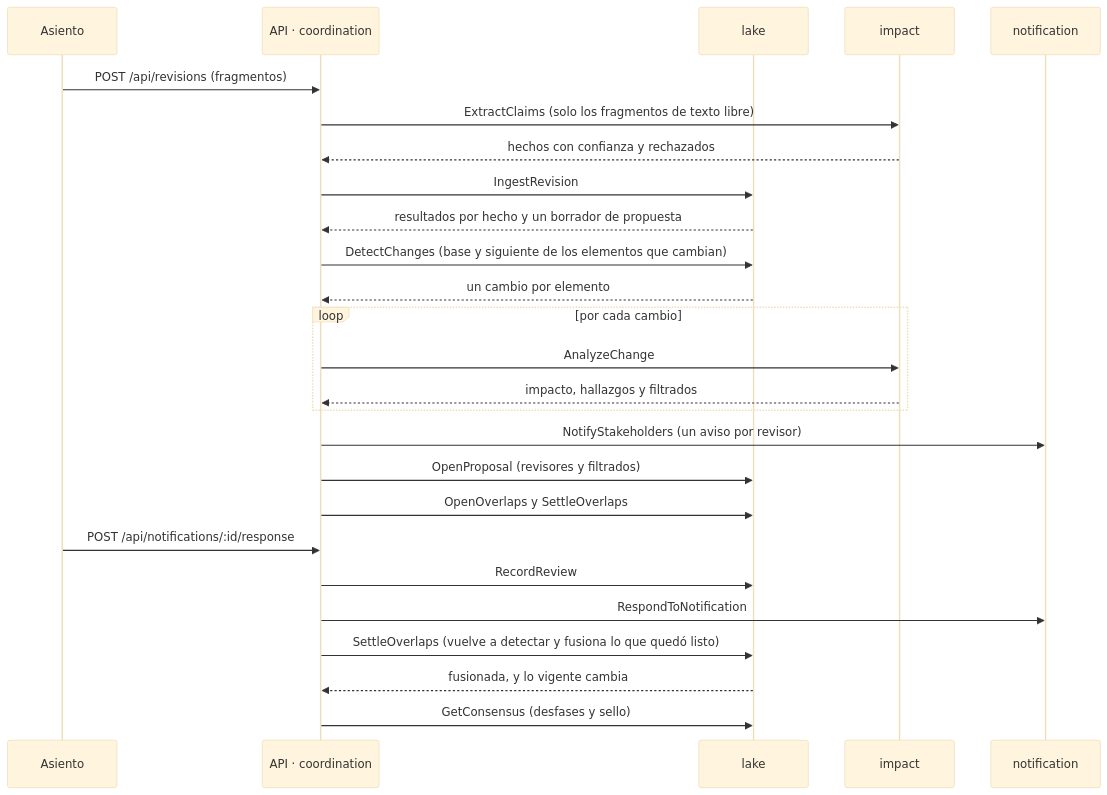
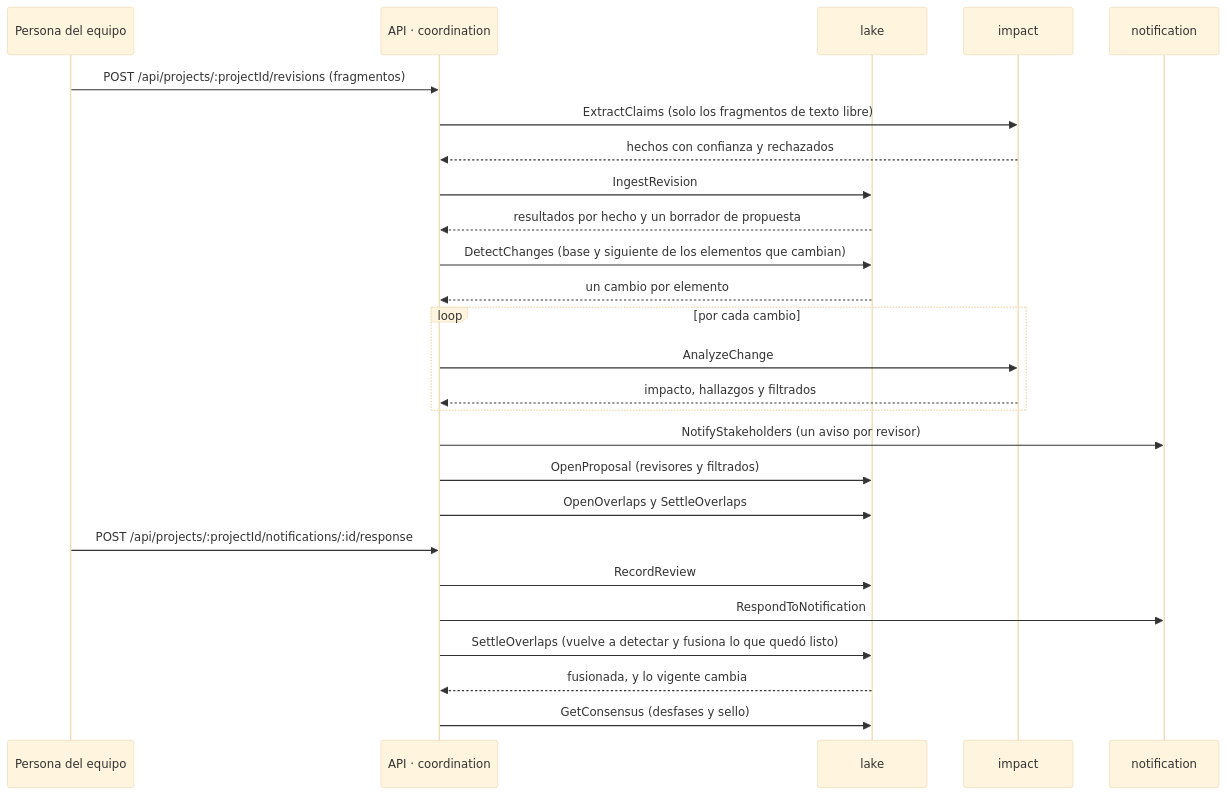
The second of 2 diagrams in docs/arquitectura.md (platanus-hack/platanus-hack-26-cl-team-27), drawn with Mermaid (base theme) before and after one commit. The commit also changed other lines of this file and 367 other files, not shown here.

````diff
--- a/docs/arquitectura.md
+++ b/docs/arquitectura.md
@@ -98,28 +93,28 @@
 ```mermaid
 sequenceDiagram
-  participant S as Asiento
+  participant S as Persona del equipo
   participant A as API · coordination
   participant L as lake
   participant I as impact
   participant N as notification
-  S->>A: POST /api/revisions (fragmentos)
+  S->>A: POST /api/projects/:projectId/revisions (fragmentos)
   A->>I: ExtractClaims (solo los fragmentos de texto libre)
   I-->>A: hechos con confianza y rechazados
   A->>L: IngestRevision
   L-->>A: resultados por hecho y un borrador de propuesta
   A->>L: DetectChanges (base y siguiente de los elementos que cambian)
   L-->>A: un cambio por elemento
   loop por cada cambio
     A->>I: AnalyzeChange
     I-->>A: impacto, hallazgos y filtrados
   end
   A->>N: NotifyStakeholders (un aviso por revisor)
   A->>L: OpenProposal (revisores y filtrados)
   A->>L: OpenOverlaps y SettleOverlaps
-  S->>A: POST /api/notifications/:id/response
+  S->>A: POST /api/projects/:projectId/notifications/:id/response
   A->>L: RecordReview
   A->>N: RespondToNotification
   A->>L: SettleOverlaps (vuelve a detectar y fusiona lo que quedó listo)
   L-->>A: fusionada, y lo vigente cambia
   A->>L: GetConsensus (desfases y sello)
 ```
````
